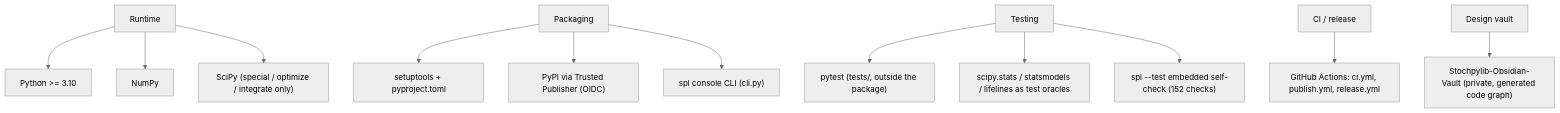
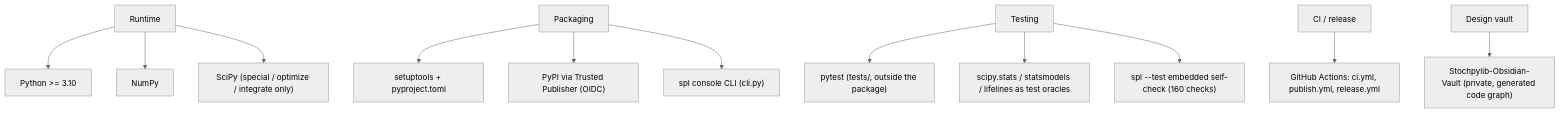
Before and after one commit to leon1706-lol/Stochpylib: the second of 2 diagrams in README.md, drawn with Mermaid (neutral theme). The commit also changed other lines of this file and 34 other files, not shown here.

````diff
--- a/README.md
+++ b/README.md
@@ -225,14 +233,14 @@
 ```mermaid
 flowchart TB
     A["Runtime"] --> A1["Python >= 3.10"]
     A --> A2["NumPy"]
     A --> A3["SciPy (special / optimize / integrate only)"]
     B["Packaging"] --> B1["setuptools + pyproject.toml"]
     B --> B2["PyPI via Trusted Publisher (OIDC)"]
     B --> B3["spl console CLI (cli.py)"]
     C["Testing"] --> C1["pytest (tests/, outside the package)"]
     C --> C2["scipy.stats / statsmodels / lifelines as test oracles"]
-    C --> C3["spl --test embedded self-check (152 checks)"]
+    C --> C3["spl --test embedded self-check (160 checks)"]
     D["CI / release"] --> D1["GitHub Actions: ci.yml, publish.yml, release.yml"]
     E["Design vault"] --> E1["Stochpylib-Obsidian-Vault (private, generated code graph)"]
 ```
````
